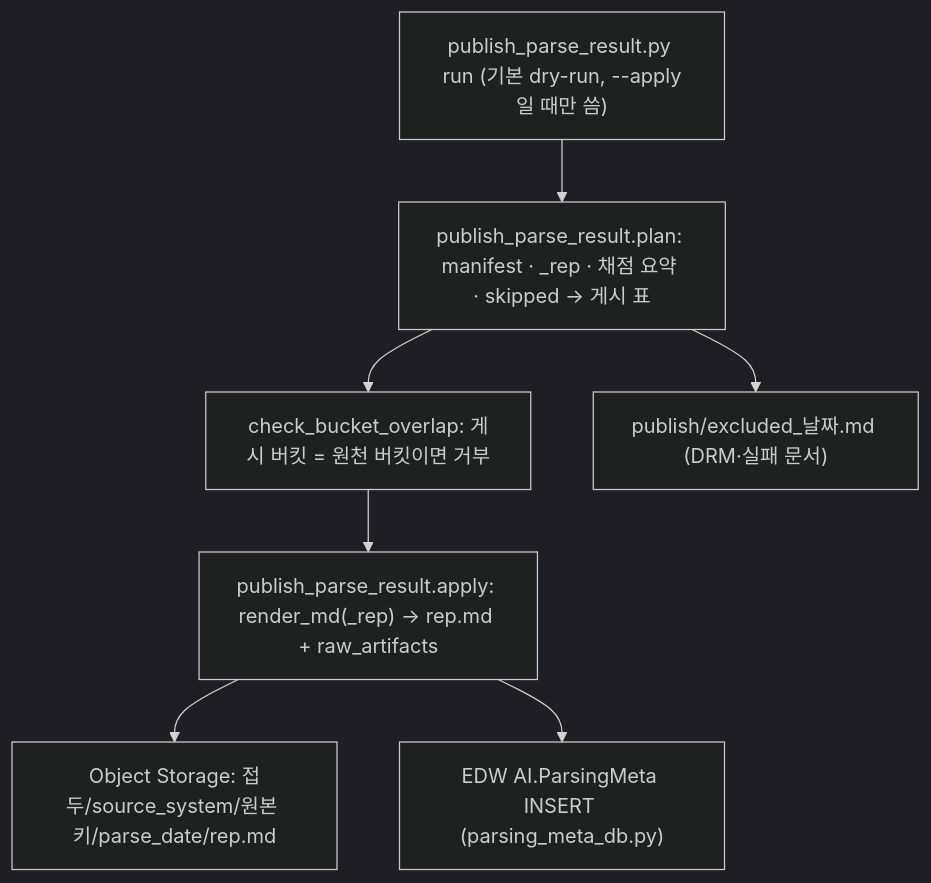
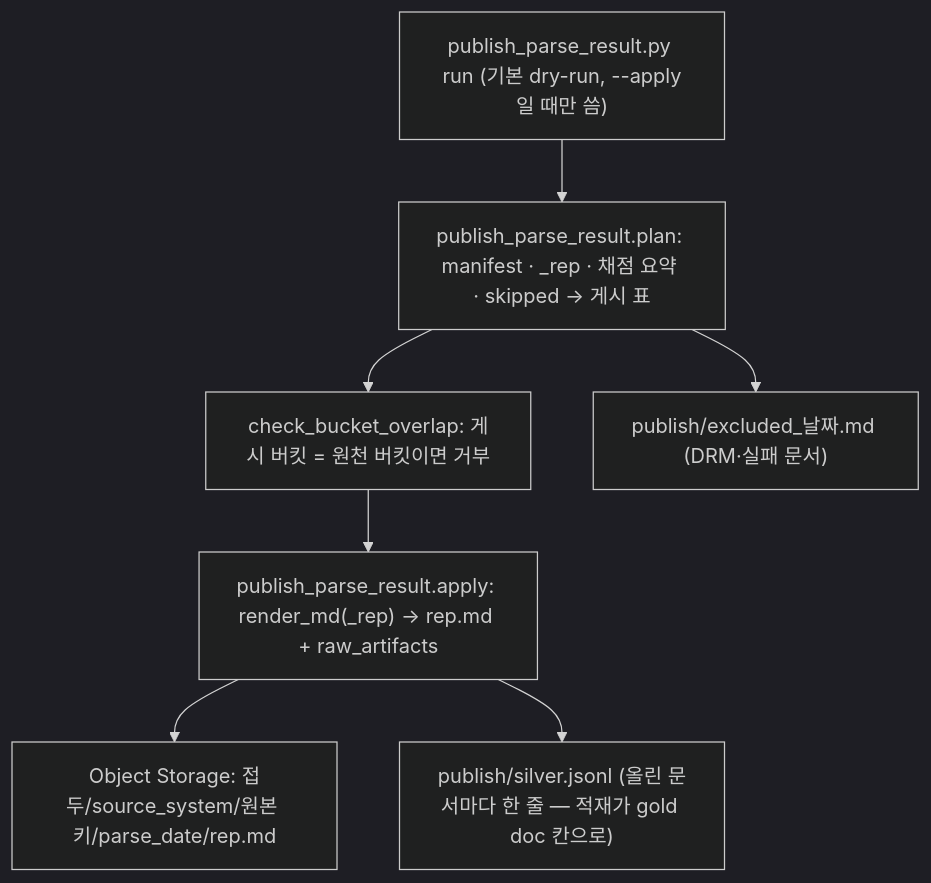
The eighth of 11 diagrams in docs/architecture/parse_flow.md (gigasamba/sbl_data_parsing), drawn with Mermaid (dark theme) before and after one commit. The commit also changed other lines of this file and 75 other files, not shown here.

````diff
--- a/docs/architecture/parse_flow.md
+++ b/docs/architecture/parse_flow.md
@@ -388,13 +388,13 @@
 ```mermaid
 flowchart TD
     A["publish_parse_result.py run (기본 dry-run, --apply일 때만 씀)"]
     B["publish_parse_result.plan: manifest · _rep · 채점 요약 · skipped → 게시 표"]
     C["check_bucket_overlap: 게시 버킷 = 원천 버킷이면 거부"]
     D["publish_parse_result.apply: render_md(_rep) → rep.md + raw_artifacts"]
     E["Object Storage: 접두/source_system/원본 키/parse_date/rep.md"]
-    F["EDW AI.ParsingMeta INSERT (parsing_meta_db.py)"]
+    F["publish/silver.jsonl (올린 문서마다 한 줄 — 적재가 gold doc 칸으로)"]
     G["publish/excluded_날짜.md (DRM·실패 문서)"]
     A --> B --> C --> D --> E
     D --> F
     B --> G
 ```
````
